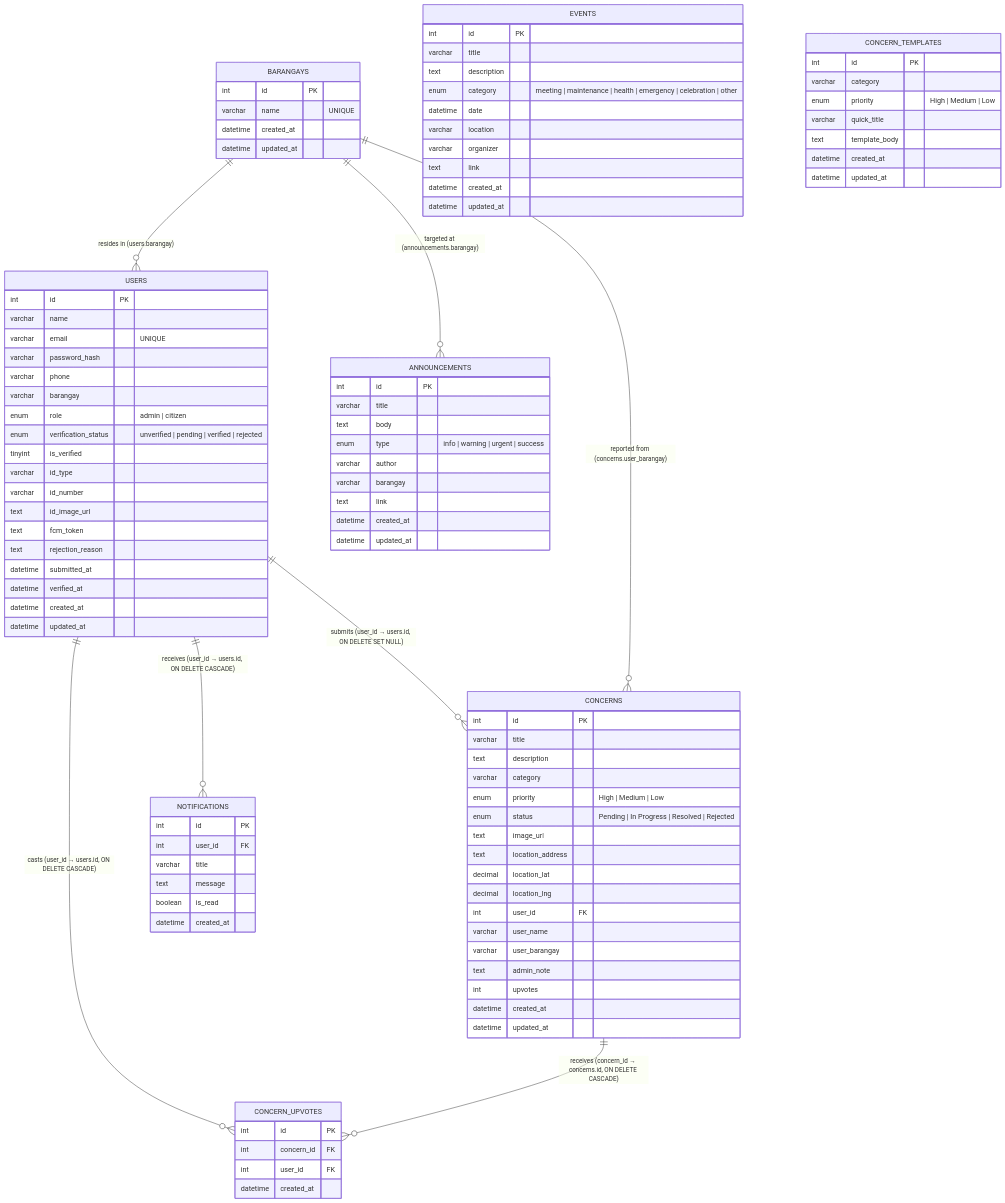
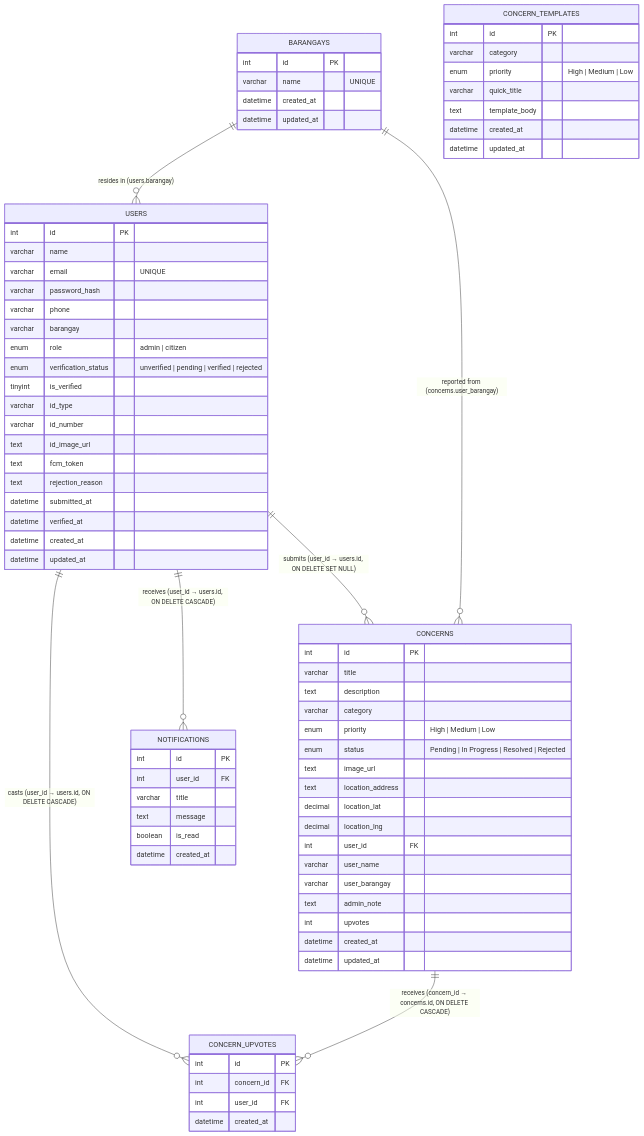
The first of 8 diagrams in diagrams.md (palingubaerwin029-ai/citivoice), drawn with Mermaid before and after one commit. The commit also changed other lines of this file and 1 other file, not shown here.

Commit message:
Cleanup: Completely removed announcements and events from the entire system

````diff
--- a/diagrams.md
+++ b/diagrams.md
@@ -80,30 +80,9 @@
         datetime updated_at
     }
 
-    ANNOUNCEMENTS {
-        int id PK
-        varchar title
-        text body
-        enum type "info | warning | urgent | success"
-        varchar author
-        varchar barangay
-        text link
-        datetime created_at
-        datetime updated_at
-    }
 
-    EVENTS {
-        int id PK
-        varchar title
-        text description
-        enum category "meeting | maintenance | health | emergency | celebration | other"
-        datetime date
-        varchar location
-        varchar organizer
-        text link
-        datetime created_at
-        datetime updated_at
-    }
+
+
  
     CONCERN_TEMPLATES {
         int id PK
@@ -124,5 +103,4 @@
     %% ── Logical / Text-Based Relationships ──
     BARANGAYS ||--o{ USERS : "resides in (users.barangay)"
     BARANGAYS ||--o{ CONCERNS : "reported from (concerns.user_barangay)"
-    BARANGAYS ||--o{ ANNOUNCEMENTS : "targeted at (announcements.barangay)"
 ```
````
